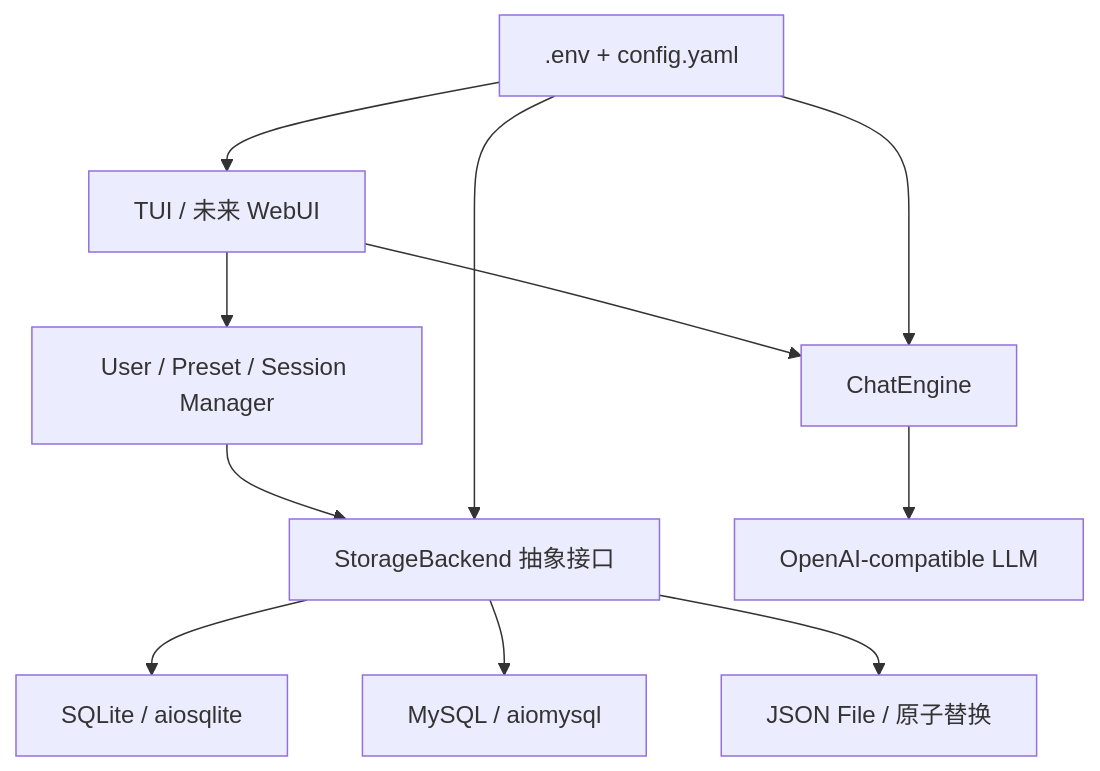
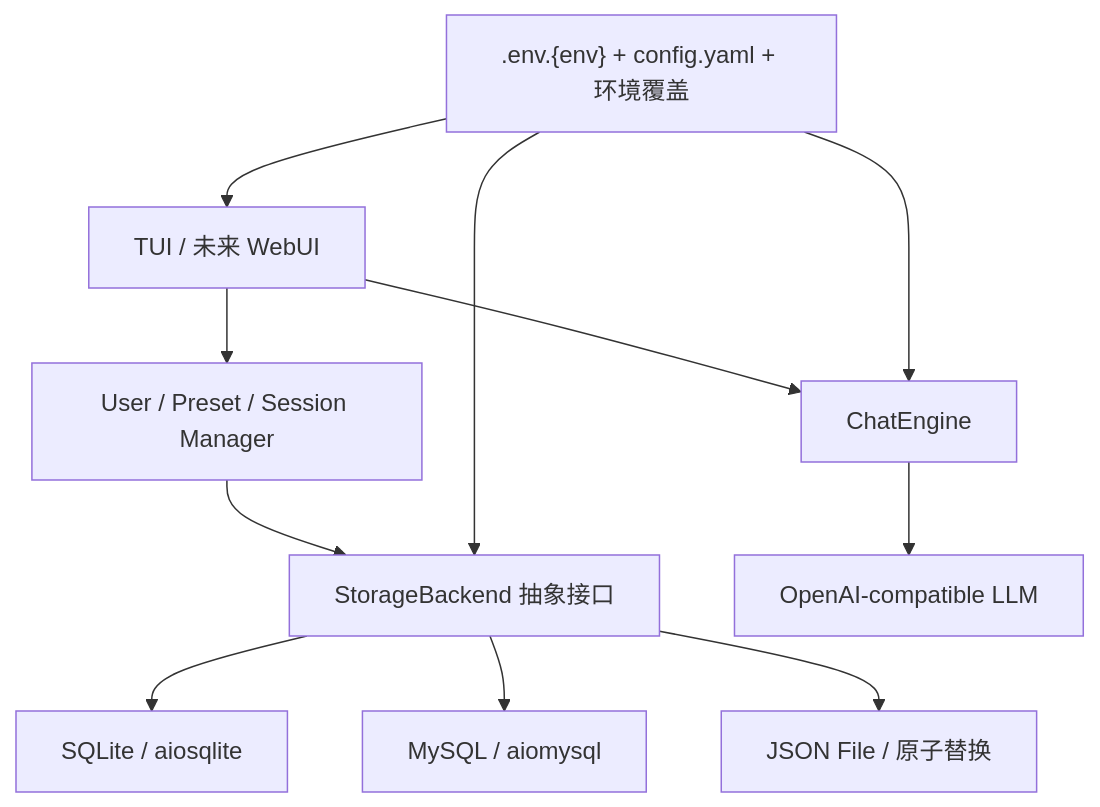
One commit to 3351777344-bot/Chatbot changed the diagram in docs/architecture.md. Above: the diagram before and after it, drawn with Mermaid. The commit also changed other lines of this file and 5 other files, not shown here.

````diff
--- a/docs/architecture.md
+++ b/docs/architecture.md
@@ -8,13 +8,13 @@
 ```mermaid
 flowchart TD
     UI["TUI / 未来 WebUI"] --> Core["User / Preset / Session Manager"]
     UI --> Engine["ChatEngine"]
     Core --> Contract["StorageBackend 抽象接口"]
     Contract --> SQLite["SQLite / aiosqlite"]
     Contract --> MySQL["MySQL / aiomysql"]
     Contract --> File["JSON File / 原子替换"]
     Engine --> LLM["OpenAI-compatible LLM"]
-    Config[".env + config.yaml"] --> UI
+    Config[".env.{env} + config.yaml + 环境覆盖"] --> UI
     Config --> Engine
     Config --> Contract
 ```
````
